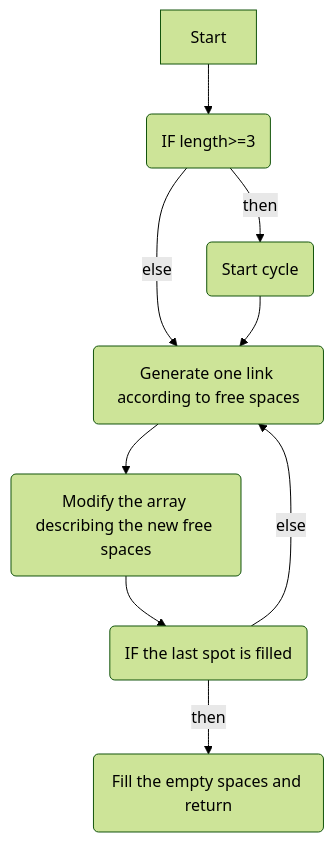
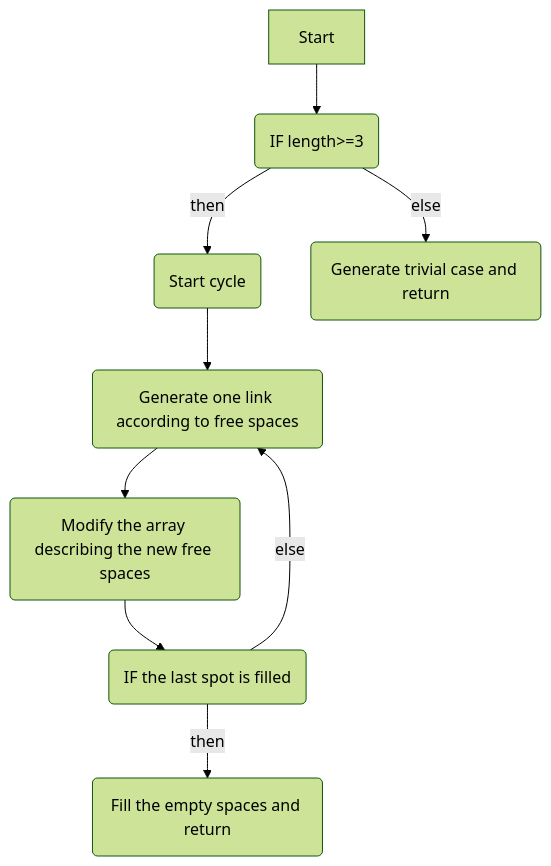
The diagram in README.md (Nikita-Babich/entangled), drawn with Mermaid (forest theme) before and after one commit.

Commit message:
flowchart redact

````diff
--- a/README.md
+++ b/README.md
@@ -9,14 +9,14 @@
 ```mermaid
 flowchart TD
 
 Start --> id1(IF length>=3)
 id1 -->|then| id2(Start cycle)
-id1 -->|else| id3(Generate trivial case and return)
+id1 -->|else| id7(Generate trivial case and return)
 
 id2 --> id3(Generate one link according to free spaces)
 id3 --> id4(Modify the array describing the new free spaces)
 id4 --> id5(IF the last spot is filled)
 
 id5 -->|then| id6(Fill the empty spaces and return)
 id5 -->|else| id3
 ```
````
